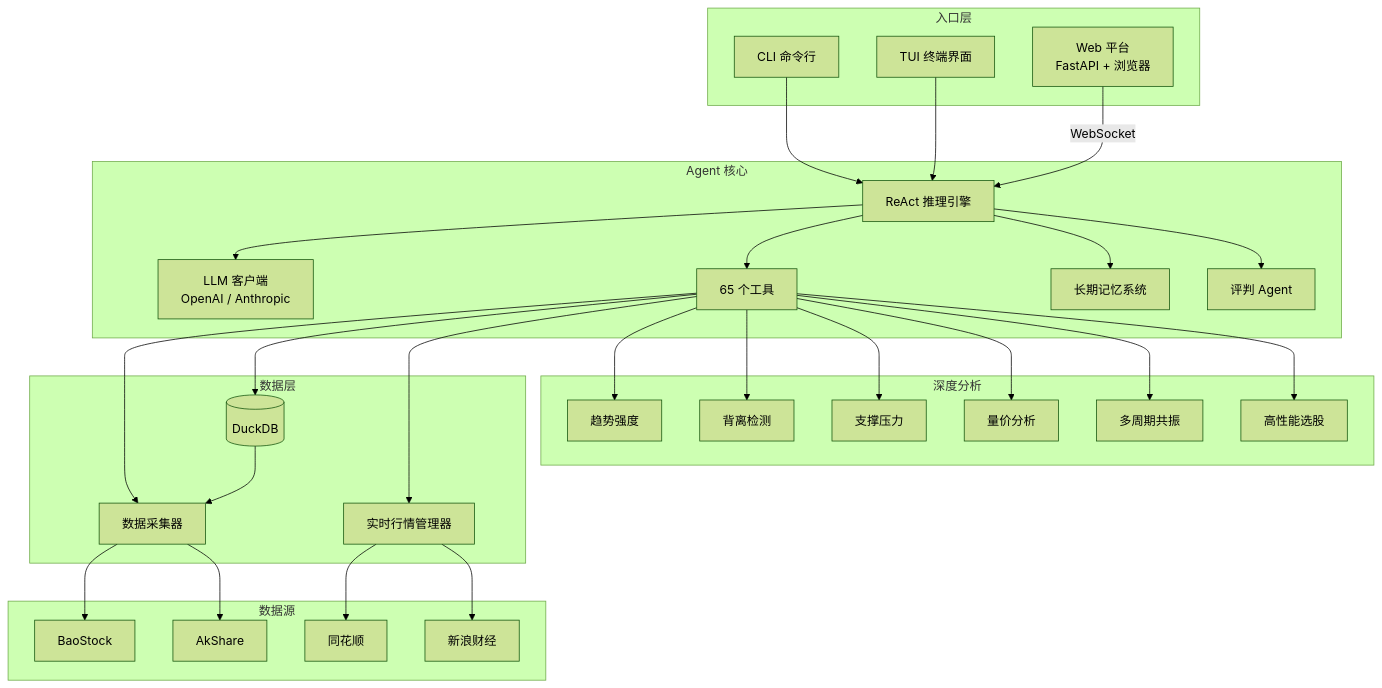
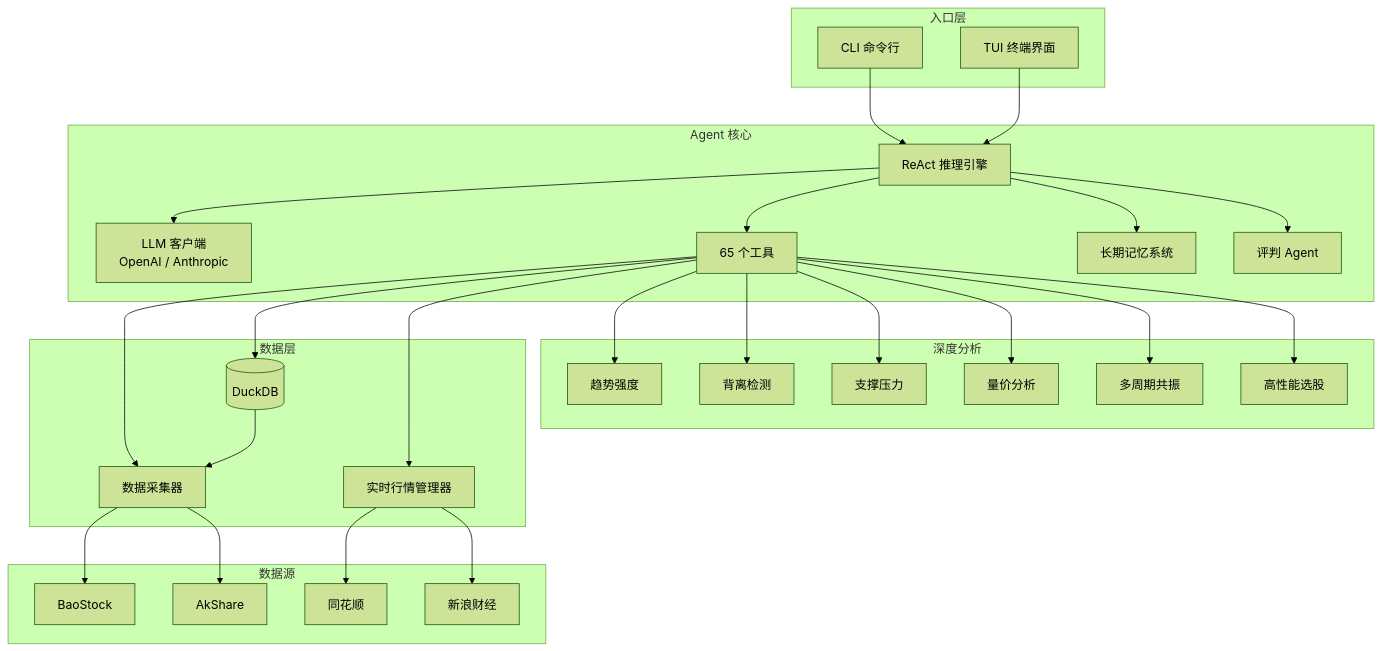
The diagram in README.md (wwyharry/DeepPulse), drawn with Mermaid (forest theme) before and after one commit. The commit also changed other lines of this file and 51 other files, not shown here.

````diff
--- a/README.md
+++ b/README.md
@@ -36,51 +36,49 @@
 ```mermaid
 graph TB
     subgraph 入口层
         CLI[CLI 命令行]
         TUI[TUI 终端界面]
-        WEB[Web 平台<br/>FastAPI + 浏览器]
     end
 
     subgraph Agent 核心
         REACT[ReAct 推理引擎]
         CLIENT[LLM 客户端<br/>OpenAI / Anthropic]
         TOOLS[65 个工具]
         MEMORY[长期记忆系统]
         JUDGE[评判 Agent]
     end
 
     subgraph 深度分析
         TREND[趋势强度]
         DIV[背离检测]
         SR[支撑压力]
         VP[量价分析]
         CONF[多周期共振]
         SCREEN[高性能选股]
     end
 
     subgraph 数据层
         DB[(DuckDB)]
         COLLECT[数据采集器]
         REALTIME[实时行情管理器]
     end
 
     subgraph 数据源
         BS[BaoStock]
         AK[AkShare]
         THS[同花顺]
         SINA[新浪财经]
     end
 
     CLI --> REACT
     TUI --> REACT
-    WEB -->|WebSocket| REACT
     REACT --> CLIENT
     REACT --> TOOLS
     REACT --> MEMORY
     REACT --> JUDGE
     TOOLS --> TREND & DIV & SR & VP & CONF & SCREEN
     TOOLS --> DB & REALTIME & COLLECT
     COLLECT --> BS & AK
     REALTIME --> SINA & THS
     DB --> COLLECT
 ```
````
